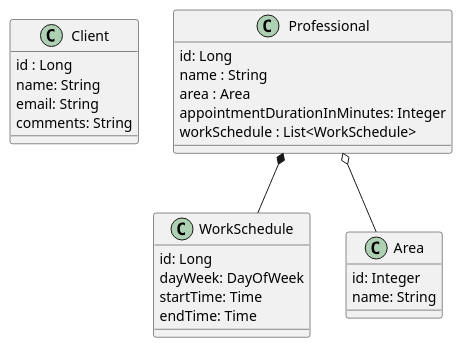
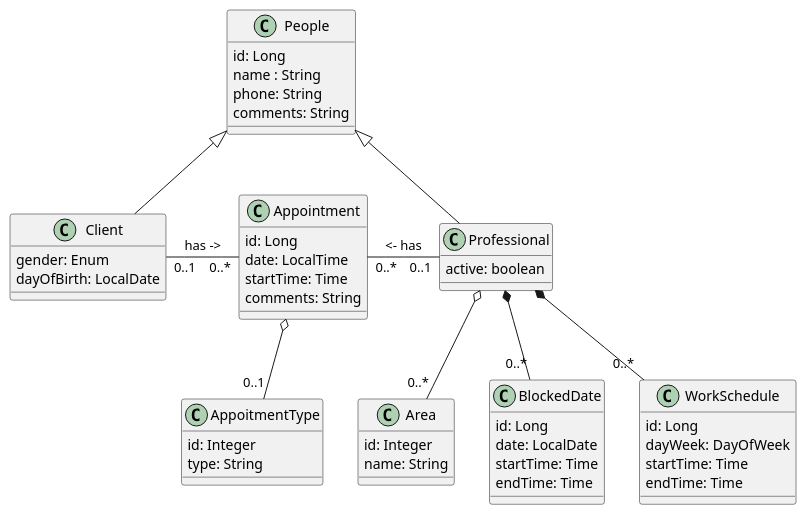
Before and after one commit to glaucotodesco/bootcamp-agenda: the diagram in docs/classes.puml, drawn with PlantUML. The commit also changed 2 other files, not shown here.

```diff
--- a/docs/classes.puml
+++ b/docs/classes.puml
@@ -1,38 +1,63 @@
 @startuml "Modelo conceitual"
 
-
-
-class Client {
-    id : Long
-    name: String
-    email: String
+class People {
+    id: Long
+    name : String
+    phone: String
     comments: String
 }
 
+class Professional {
+    active: boolean    
+}
 
-class Professional {
-    id: Long
-    name : String
-    area : Area
-    appointmentDurationInMinutes: Integer
-    workSchedule : List<WorkSchedule>
-    
+class Client {
+    gender: Enum
+    dayOfBirth: LocalDate
+}
+
+
+'private or health insurance
+class AppoitmentType {
+    id: Integer
+    type: String
 }
 
 class WorkSchedule {
     id: Long
     dayWeek: DayOfWeek
     startTime: Time
     endTime: Time
 }
 
 class Area {
     id: Integer
     name: String
 }
 
+class Appointment {
+    id: Long
+    date: LocalTime
+    startTime: Time
+    comments: String
+}
 
-Professional o-- Area
-Professional *-- WorkSchedule
+class BlockedDate {
+    id: Long
+    date: LocalDate
+    startTime: Time
+    endTime: Time
+}
+
+People              <|--            Client
+People              <|--            Professional
+Professional        o--     "0..*"  Area
+Professional        *--     "0..*"  WorkSchedule
+Professional        *--     "0..*"  BlockedDate
+Appointment         o--     "0..1"  AppoitmentType
+Appointment "0..*"  -l-     "0..1"  Client            : has ->
+Appointment "0..*"  -r-     "0..1"  Professional      : <- has  
+
+
 
 @enduml
```
